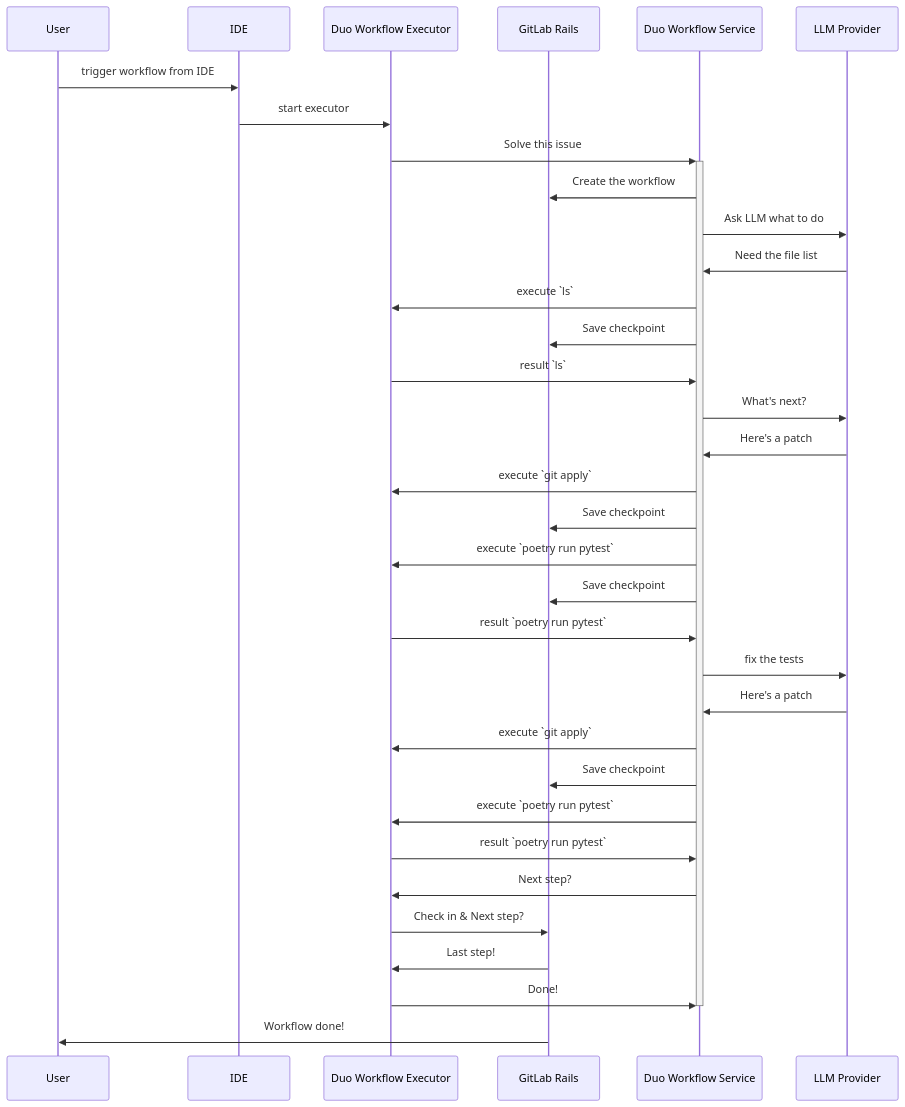
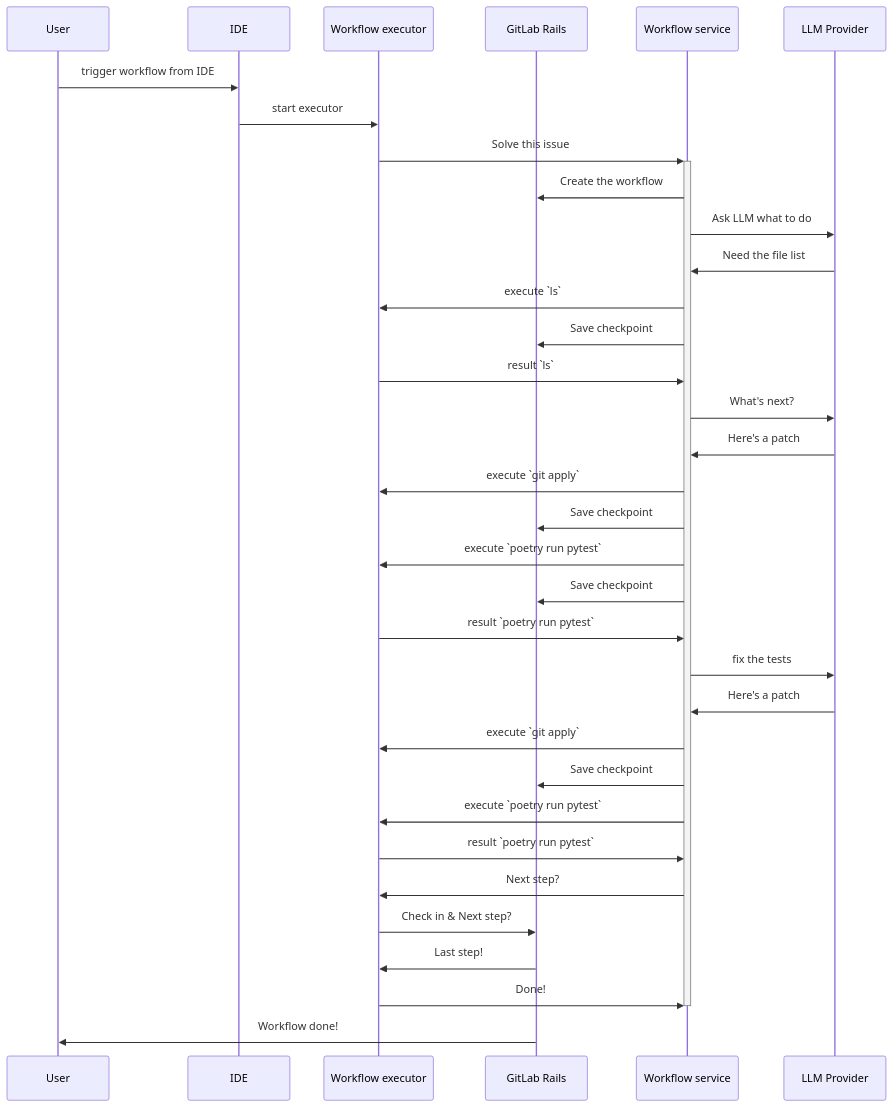
One commit to zalyoung/gitlab-handbook changed the third of 5 diagrams in content/handbook/engineering/architecture/design-documents/duo_workflow/_index.md. Above: the diagram before and after it, drawn with Mermaid. The commit also changed other lines of this file, not shown here.

Commit message:
Updating capitalization of Workflow and Pipeline

````diff
--- a/content/handbook/engineering/architecture/design-documents/duo_workflow/_index.md
+++ b/content/handbook/engineering/architecture/design-documents/duo_workflow/_index.md
@@ -284,37 +284,37 @@
 ```mermaid
 sequenceDiagram
    participant user as User
    participant ide as IDE
-   participant executor as Duo Workflow Executor
+   participant executor as Workflow executor
    participant gitlab_rails as GitLab Rails
-   participant duo_workflow_service as Duo Workflow Service
+   participant duo_workflow_service as Workflow service
    participant llm_provider as LLM Provider
    user->>ide: trigger workflow from IDE
    ide->>executor: start executor
    executor->>+duo_workflow_service: Solve this issue
    duo_workflow_service->>gitlab_rails: Create the workflow
    duo_workflow_service->>llm_provider: Ask LLM what to do
    llm_provider->>duo_workflow_service: Need the file list
    duo_workflow_service->>executor: execute `ls`
    duo_workflow_service->>gitlab_rails: Save checkpoint
    executor->>duo_workflow_service: result `ls`
    duo_workflow_service->>llm_provider: What's next?
    llm_provider->>duo_workflow_service: Here's a patch
    duo_workflow_service->>executor: execute `git apply`
    duo_workflow_service->>gitlab_rails: Save checkpoint
    duo_workflow_service->>executor: execute `poetry run pytest`
    duo_workflow_service->>gitlab_rails: Save checkpoint
    executor->>duo_workflow_service: result `poetry run pytest`
    duo_workflow_service->>llm_provider: fix the tests
    llm_provider->>duo_workflow_service: Here's a patch
    duo_workflow_service->>executor: execute `git apply`
    duo_workflow_service->>gitlab_rails: Save checkpoint
    duo_workflow_service->>executor: execute `poetry run pytest`
    executor->>duo_workflow_service: result `poetry run pytest`
    duo_workflow_service->>executor: Next step?
    executor->>gitlab_rails: Check in & Next step?
    gitlab_rails->>executor: Last step!
    executor->>duo_workflow_service: Done!
    deactivate duo_workflow_service
    gitlab_rails->>user: Workflow done!
 ```
````
